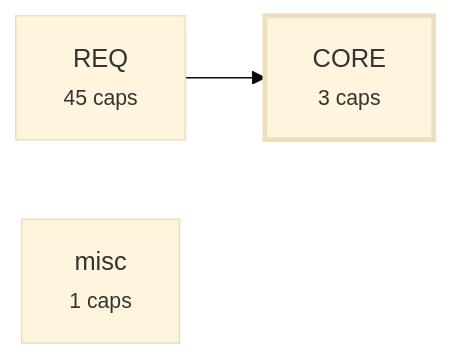
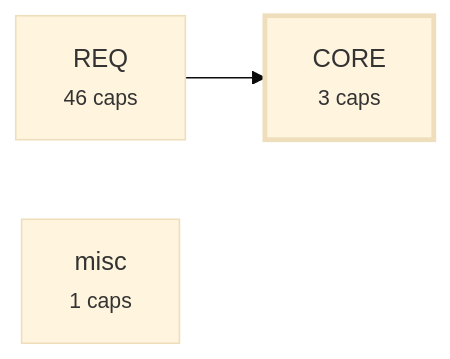
One commit to alxmax/Requirement-manager changed the third of 4 diagrams in plugin/requirements/_map.md. Above: the diagram before and after it, drawn with Mermaid (base theme). The commit also changed other lines of this file and 19 other files, not shown here.

````diff
--- a/plugin/requirements/_map.md
+++ b/plugin/requirements/_map.md
@@ -380,8 +387,8 @@
 ```mermaid
 graph LR
   a_CORE["CORE<br><small>3 caps</small>"]
-  a_REQ["REQ<br><small>45 caps</small>"]
+  a_REQ["REQ<br><small>46 caps</small>"]
   a_misc["misc<br><small>1 caps</small>"]
   a_REQ --> a_CORE
   style a_CORE stroke-width:3px
 ```
````
